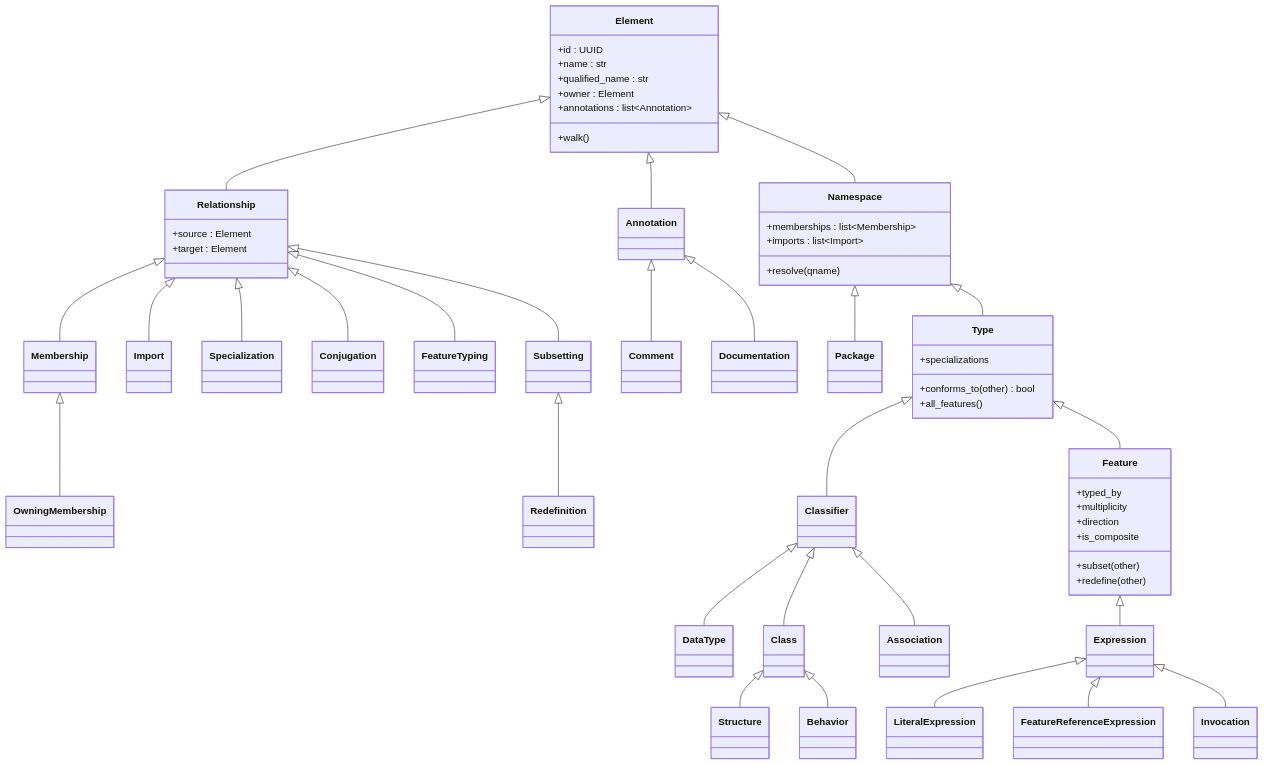
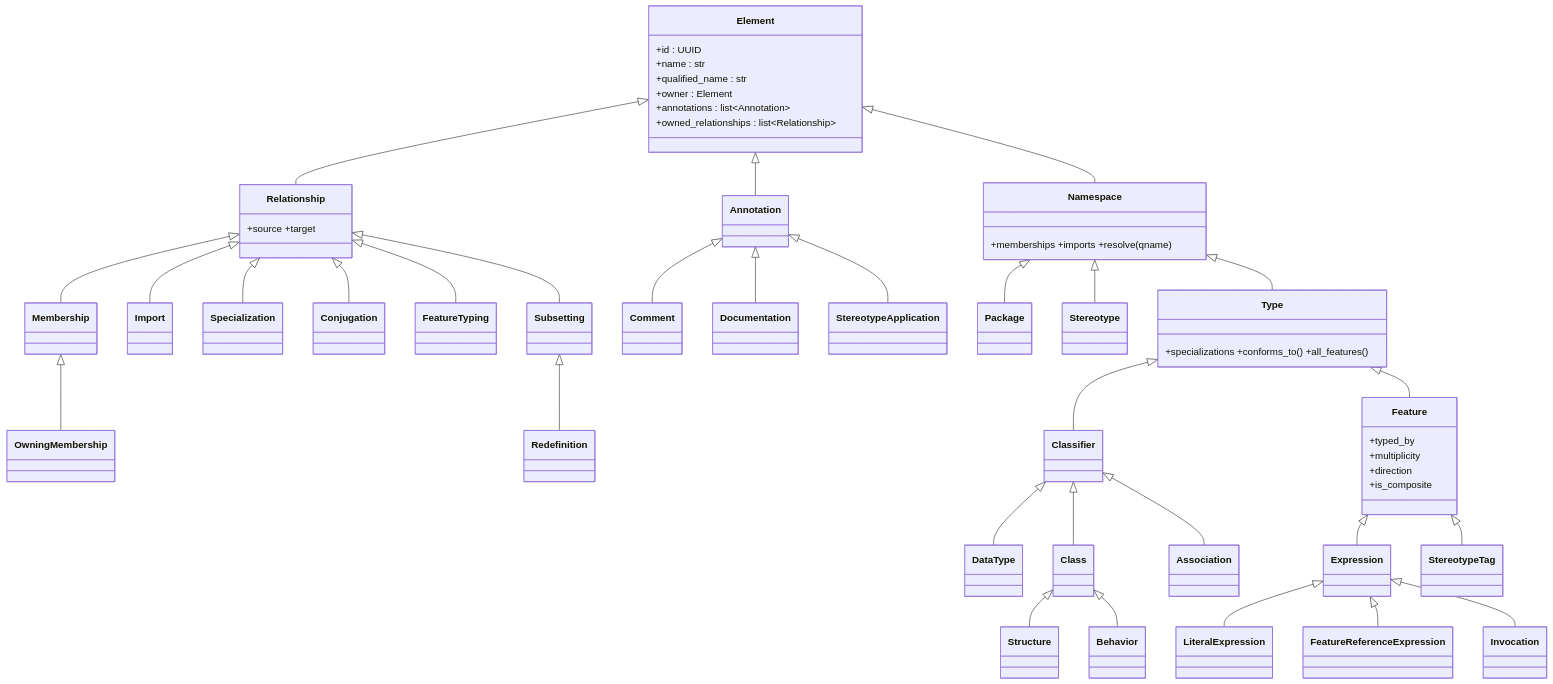
One commit to sudesh309/REQUIREMENT-FORMALISER changed the second of 12 diagrams in docs/ARCHITECTURE.md. Above: the diagram before and after it, drawn with Mermaid. The commit also changed other lines of this file and 2 other files, not shown here.

````diff
--- a/docs/ARCHITECTURE.md
+++ b/docs/ARCHITECTURE.md
@@ -84,87 +84,51 @@
         +qualified_name : str
         +owner : Element
         +annotations : list~Annotation~
-        +walk()
+        +owned_relationships : list~Relationship~
     }
-
-    class Relationship {
-        +source : Element
-        +target : Element
-    }
+    class Relationship { +source +target }
     Element <|-- Relationship
-
-    class Annotation
     Element <|-- Annotation
-    class Comment
-    class Documentation
     Annotation <|-- Comment
     Annotation <|-- Documentation
+    Annotation <|-- StereotypeApplication
 
-    class Namespace {
-        +memberships : list~Membership~
-        +imports : list~Import~
-        +resolve(qname)
-    }
+    class Namespace { +memberships +imports +resolve(qname) }
     Element <|-- Namespace
+    Namespace <|-- Package
+    Namespace <|-- Stereotype
 
-    class Package
-    Namespace <|-- Package
-
-    class Membership
     Relationship <|-- Membership
-    class OwningMembership
-    Membership <|-- OwningMembership
-    class Import
+    Membership   <|-- OwningMembership
     Relationship <|-- Import
 
-    class Type {
-        +specializations
-        +conforms_to(other) bool
-        +all_features()
-    }
+    class Type { +specializations +conforms_to() +all_features() }
     Namespace <|-- Type
-
-    class Specialization
     Relationship <|-- Specialization
-    class Conjugation
     Relationship <|-- Conjugation
-
-    class Classifier
     Type <|-- Classifier
-    class DataType
-    class Class
-    class Structure
-    class Behavior
-    class Association
     Classifier <|-- DataType
     Classifier <|-- Class
-    Class      <|-- Structure
-    Class      <|-- Behavior
+    Class <|-- Structure
+    Class <|-- Behavior
     Classifier <|-- Association
 
     class Feature {
-        +typed_by
-        +multiplicity
-        +direction
-        +is_composite
-        +subset(other)
-        +redefine(other)
+      +typed_by
+      +multiplicity
+      +direction
+      +is_composite
     }
     Type <|-- Feature
+    Relationship <|-- FeatureTyping
+    Relationship <|-- Subsetting
+    Subsetting <|-- Redefinition
 
-    class FeatureTyping
-    Relationship <|-- FeatureTyping
-    class Subsetting
-    Relationship <|-- Subsetting
-    class Redefinition
-    Subsetting   <|-- Redefinition
-
-    class Expression
     Feature <|-- Expression
-    class LiteralExpression
-    class FeatureReferenceExpression
-    class Invocation
     Expression <|-- LiteralExpression
     Expression <|-- FeatureReferenceExpression
     Expression <|-- Invocation
+
+    class StereotypeTag
+    Feature <|-- StereotypeTag
 ```
````
